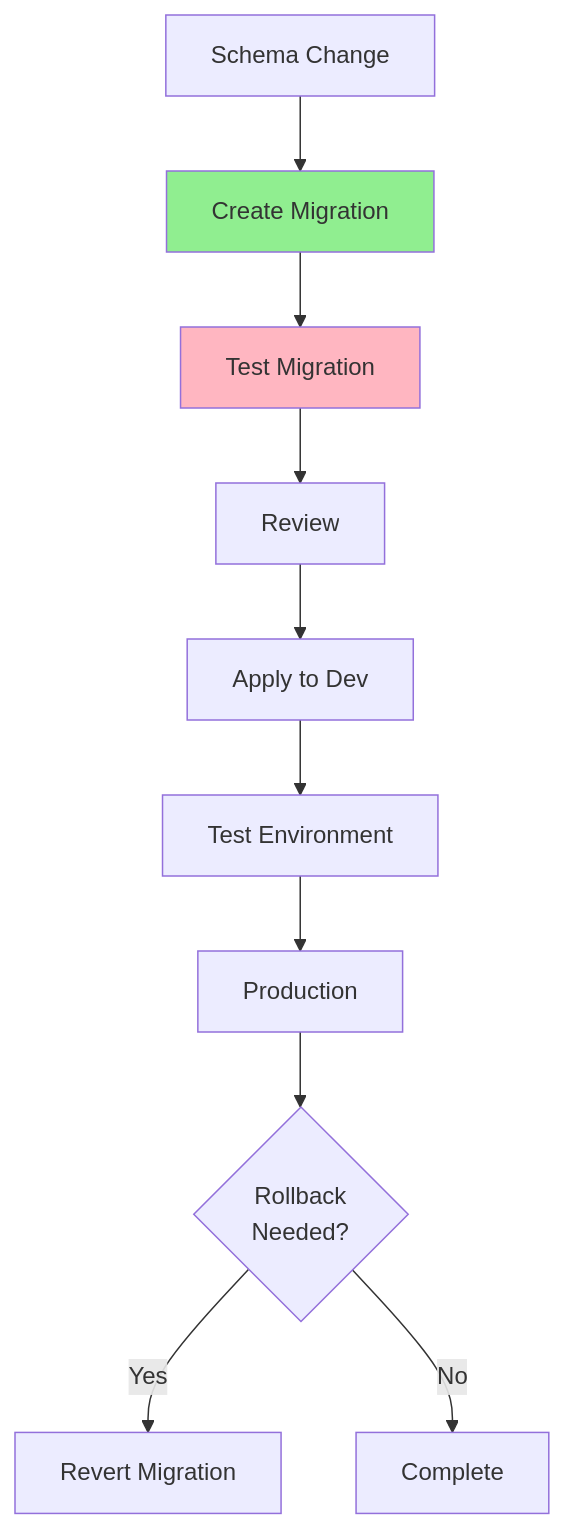
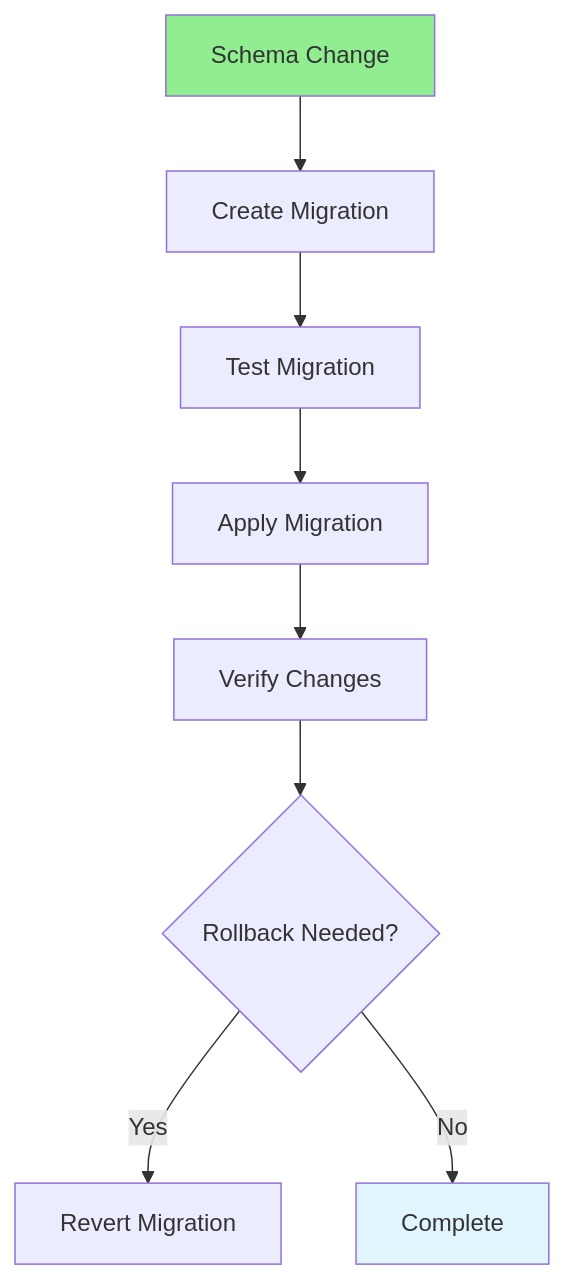
One commit to iouthnamain/tech-note changed the diagram in Full-Stack-Guides/Group-06-Database-Analysis/06.13_Database_Migration_Version_Control.md. Above: the diagram before and after it, drawn with Mermaid. The commit also changed other lines of this file and 480 other files, not shown here.

````diff
--- a/Full-Stack-Guides/Group-06-Database-Analysis/06.13_Database_Migration_Version_Control.md
+++ b/Full-Stack-Guides/Group-06-Database-Analysis/06.13_Database_Migration_Version_Control.md
@@ -22,16 +22,13 @@
 ```mermaid
 flowchart TD
-    Change[Schema Change] --> Create[Create Migration]
+    Schema[Schema Change] --> Create[Create Migration]
     Create --> Test[Test Migration]
-    Test --> Review[Review]
-    Review --> Apply[Apply to Dev]
-    Apply --> TestEnv[Test Environment]
-    TestEnv --> Production[Production]
-    
-    Production --> Rollback{Rollback<br/>Needed?}
+    Test --> Apply[Apply Migration]
+    Apply --> Verify[Verify Changes]
+    Verify --> Rollback{Rollback Needed?}
     Rollback -->|Yes| Revert[Revert Migration]
     Rollback -->|No| Complete[Complete]
     
-    style Create fill:#90EE90
-    style Test fill:#FFB6C1
+    style Schema fill:#90EE90
+    style Complete fill:#e1f5ff
 ```
````
